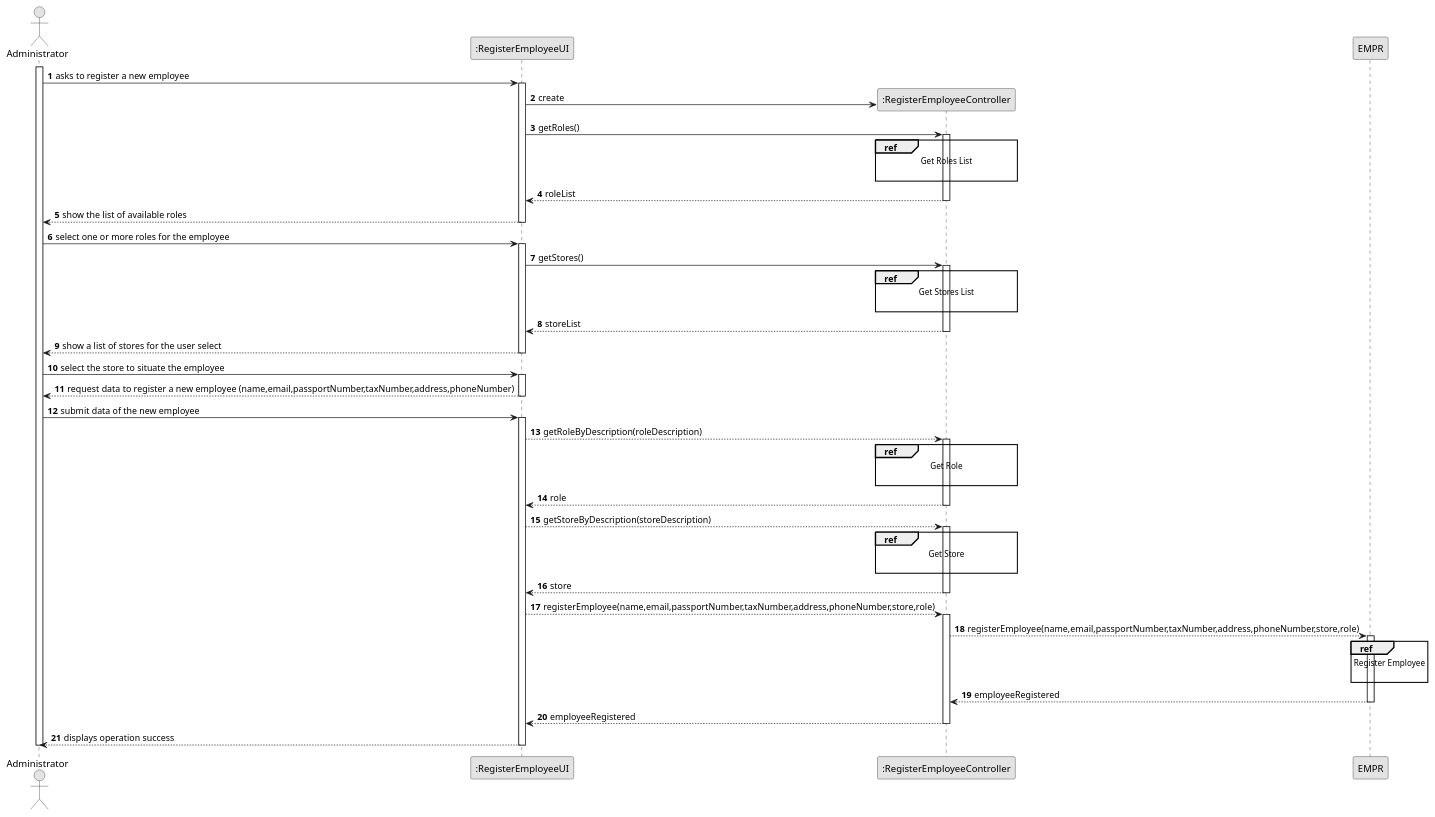
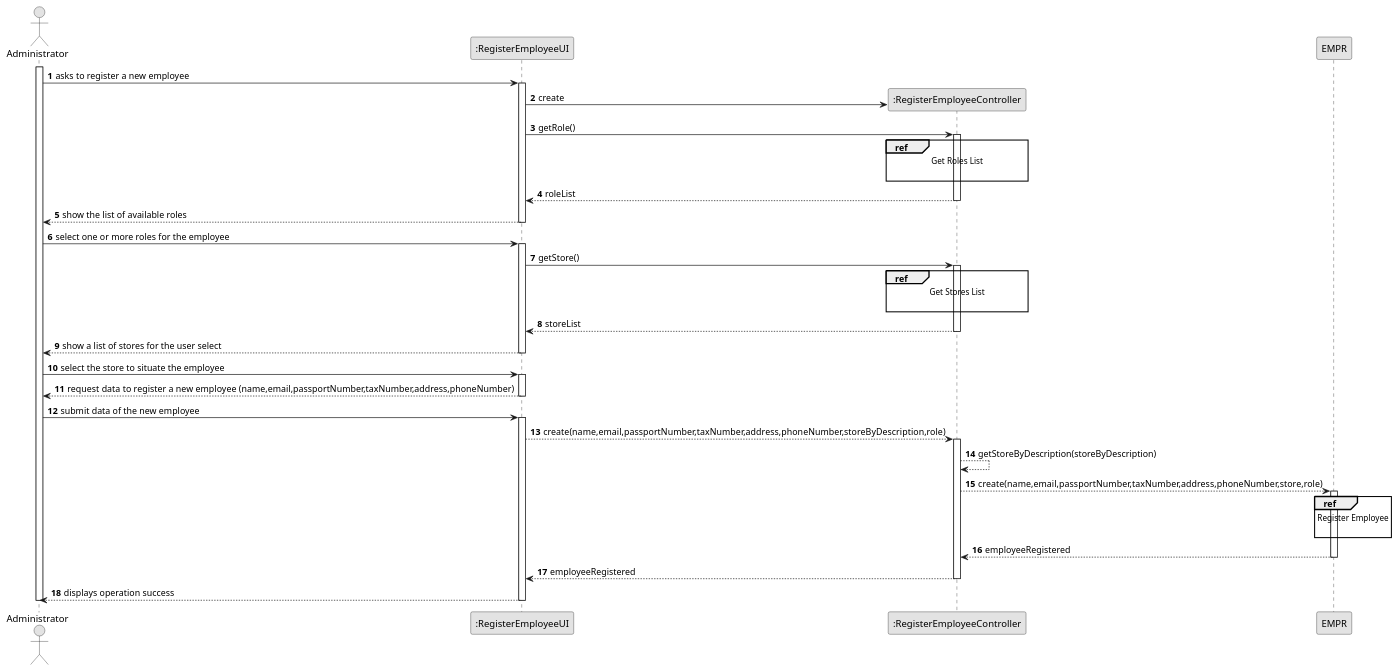
Before and after one commit to Shushizinho/RealEstateUSASystem: the diagram in docs/sprintD/us003/03.design/puml/us003-sequence-diagram-split.puml, drawn with PlantUML. The commit also changed 10 other files, not shown here.

Commit message:
update US3 UI, Controller and SD (As a system administrator, I want to register a new employee.)

```diff
--- a/docs/sprintD/us003/03.design/puml/us003-sequence-diagram-split.puml
+++ b/docs/sprintD/us003/03.design/puml/us003-sequence-diagram-split.puml
@@ -1,120 +1,96 @@
 @startuml
 skinparam monochrome true
 skinparam packageStyle rectangle
 skinparam shadowing false
 
 autonumber
 
 'hide footbox
 actor "Administrator" as ADM
 participant ":RegisterEmployeeUI" as UI
 participant ":RegisterEmployeeController" as CTRL
 
 
 
 activate ADM
    ADM -> UI : asks to register a new employee
 
     activate UI
 
     UI-> CTRL** : create
 
-    UI -> CTRL : getRoles()
+    UI -> CTRL : getRole()
                     activate CTRL
                         ref over CTRL
                               Get Roles List
 
                           end ref
 
                         autonumber 4
                         CTRL-->UI :  roleList
                     deactivate CTRL
                     UI --> ADM : show the list of available roles
 
 
         deactivate UI
 
         ADM -> UI : select one or more roles for the employee
 
 
         activate UI
 
-         UI -> CTRL : getStores()
+         UI -> CTRL : getStore()
                     activate CTRL
                         ref over CTRL
                             Get Stores List
 
                         end ref
                         autonumber 8
                         CTRL-->UI : storeList
                     deactivate CTRL
                     UI --> ADM : show a list of stores for the user select
 
 
         deactivate UI
 
     ADM -> UI : select the store to situate the employee
 
     activate UI
 
     UI --> ADM : request data to register a new employee (name,email,passportNumber,taxNumber,address,phoneNumber)
 
 
     deactivate UI
 
     ADM -> UI : submit data of the new employee
 
 
     activate UI
 
-    UI --> CTRL: getRoleByDescription(roleDescription)
+     UI --> CTRL: create(name,email,passportNumber,taxNumber,address,phoneNumber,storeByDescription,role)
 
     activate CTRL
-
-        ref over CTRL
-            Get Role
-
-        end ref
-
-    CTRL --> UI: role
-        deactivate CTRL
-
-
-        UI --> CTRL: getStoreByDescription(storeDescription)
-
-        activate CTRL
-
-            ref over CTRL
-                Get Store
-
-            end ref
-
-        CTRL --> UI: store
-
-    deactivate CTRL
-    UI --> CTRL: registerEmployee(name,email,passportNumber,taxNumber,address,phoneNumber,store,role)
-
-    activate CTRL
-    CTRL --> EMPR: registerEmployee(name,email,passportNumber,taxNumber,address,phoneNumber,store,role)
+    CTRL-->CTRL: getStoreByDescription(storeByDescription)
+    CTRL --> EMPR: create(name,email,passportNumber,taxNumber,address,phoneNumber,store,role)
 
     activate EMPR
 
 
                 ref over EMPR
                     Register Employee
 
                 end ref
 
 
      EMPR --> CTRL:  employeeRegistered
      deactivate EMPR
 
      CTRL --> UI: employeeRegistered
      deactivate CTRL
 
         UI --> ADM : displays operation success
 
     deactivate UI
 deactivate ADM
 
 @enduml
```
